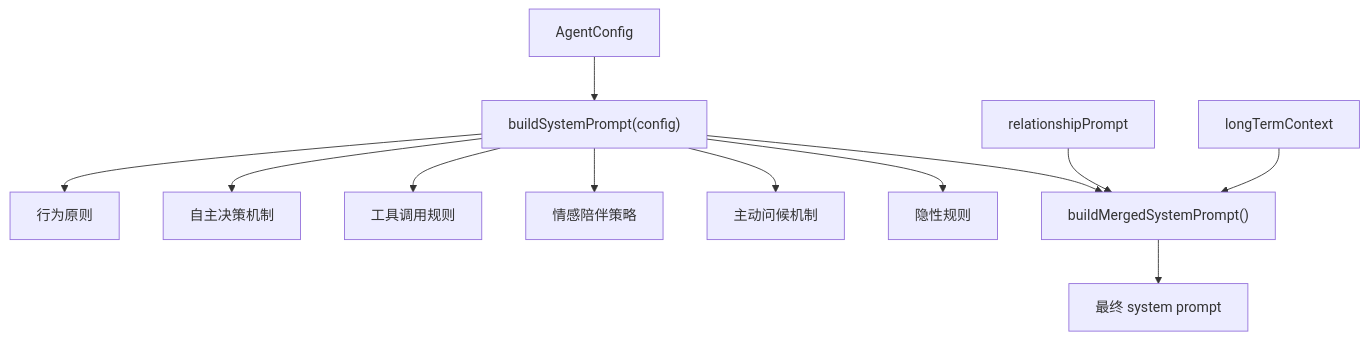
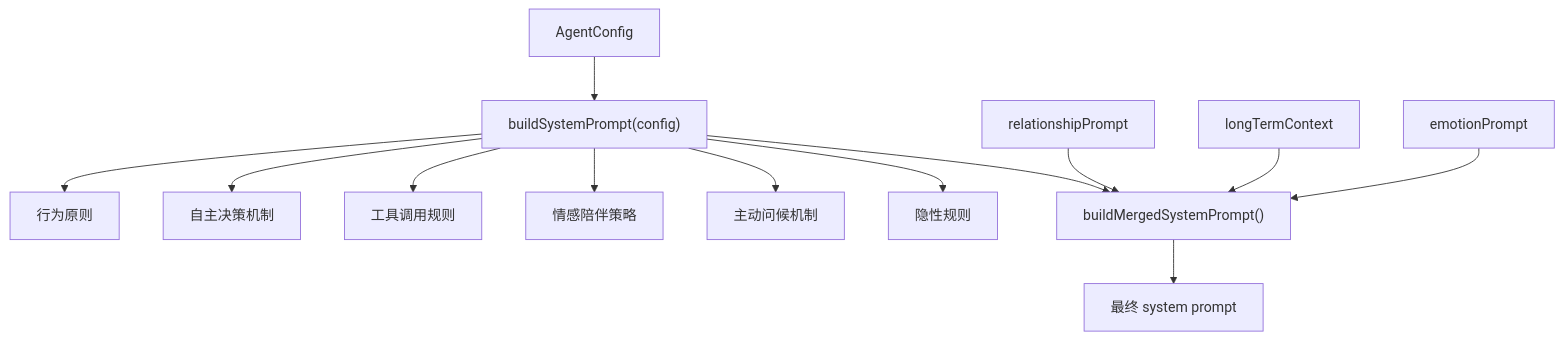
One commit to SailRuo/LingShu-AI changed the eighth of 15 diagrams in doc/对话调用链路详解.md. Above: the diagram before and after it, drawn with Mermaid. The commit also changed other lines of this file and 54 other files, not shown here.

````diff
--- a/doc/对话调用链路详解.md
+++ b/doc/对话调用链路详解.md
@@ -279,15 +352,16 @@
 ```mermaid
 flowchart TD
     A["AgentConfig"] --> B["buildSystemPrompt(config)"]
     B --> C["行为原则"]
     B --> D["自主决策机制"]
     B --> E["工具调用规则"]
     B --> F["情感陪伴策略"]
     B --> G["主动问候机制"]
     B --> H["隐性规则"]
 
     I["relationshipPrompt"] --> J["buildMergedSystemPrompt()"]
     K["longTermContext"] --> J
+    L["emotionPrompt"] --> J
     B --> J
-    J --> L["最终 system prompt"]
+    J --> M["最终 system prompt"]
 ```
````
